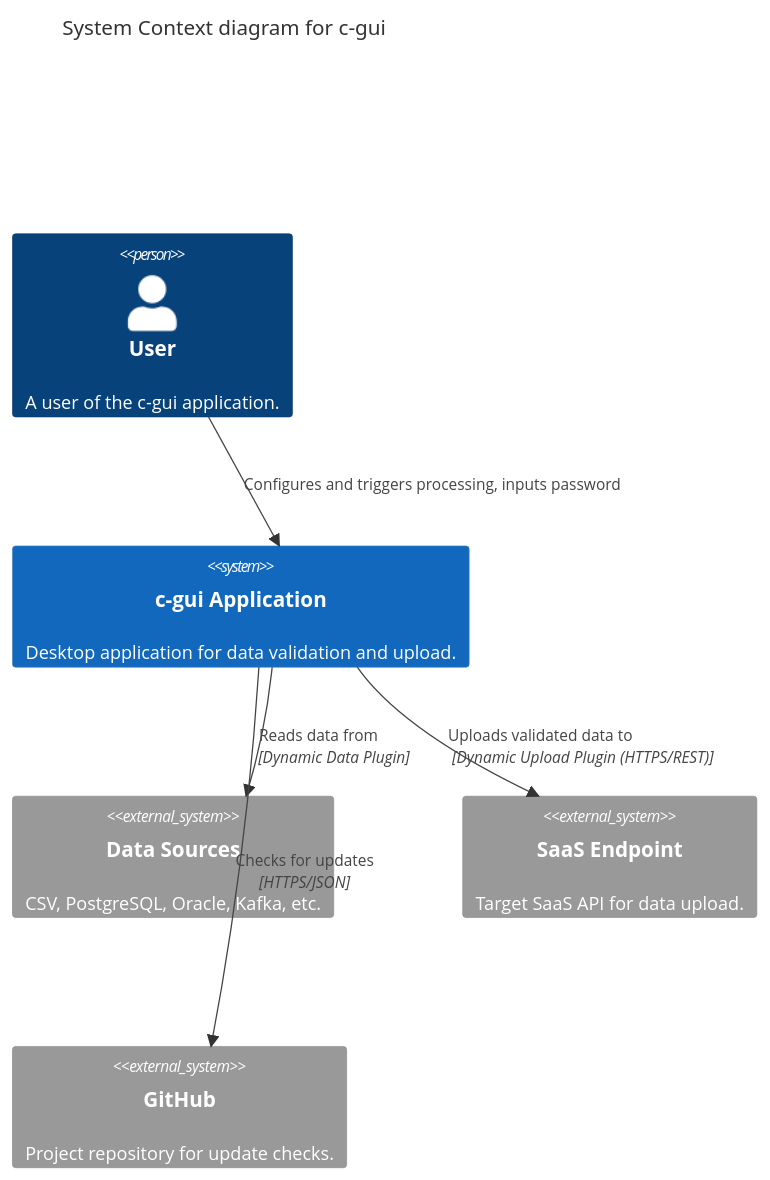
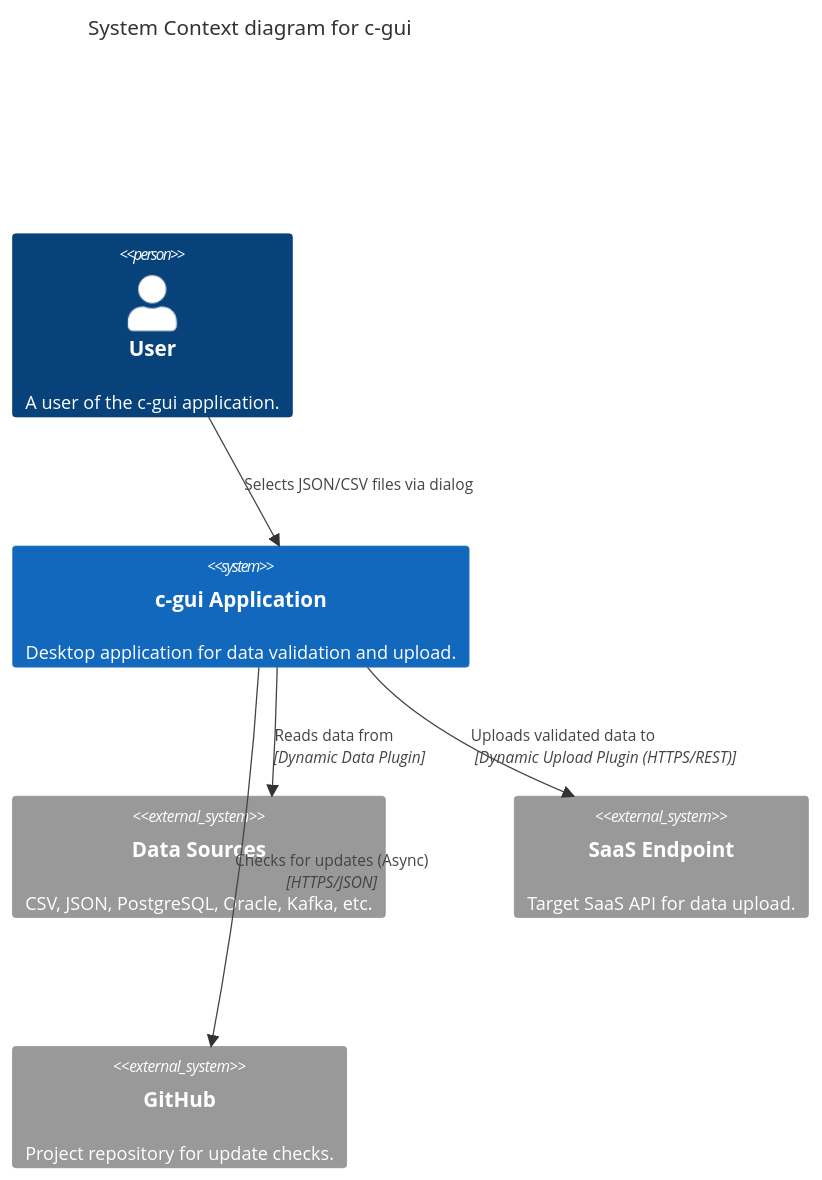
One commit to Zheng-Bote/c-gui changed the first of 3 diagrams in docs/architecture/architecture.md. Above: the diagram before and after it, drawn with Mermaid. The commit also changed other lines of this file and 17 other files, not shown here.

````diff
--- a/docs/architecture/architecture.md
+++ b/docs/architecture/architecture.md
@@ -24,16 +24,17 @@
 ```mermaid
 C4Context
     title System Context diagram for c-gui
 
     Person(user, "User", "A user of the c-gui application.")
     System(cgui, "c-gui Application", "Desktop application for data validation and upload.")
     
-    System_Ext(datasource_any, "Data Sources", "CSV, PostgreSQL, Oracle, Kafka, etc.")
+    System_Ext(datasource_any, "Data Sources", "CSV, JSON, PostgreSQL, Oracle, Kafka, etc.")
     System_Ext(saas_api, "SaaS Endpoint", "Target SaaS API for data upload.")
     System_Ext(github, "GitHub", "Project repository for update checks.")
 
-    Rel(user, cgui, "Configures and triggers processing, inputs password")
+    Rel(user, cgui, "Configures and triggers processing, inputs password, selects date format")
+    Rel(user, cgui, "Selects JSON/CSV files via dialog")
     Rel(cgui, datasource_any, "Reads data from", "Dynamic Data Plugin")
     Rel(cgui, saas_api, "Uploads validated data to", "Dynamic Upload Plugin (HTTPS/REST)")
-    Rel(cgui, github, "Checks for updates", "HTTPS/JSON")
+    Rel(cgui, github, "Checks for updates (Async)", "HTTPS/JSON")
 ```
````
